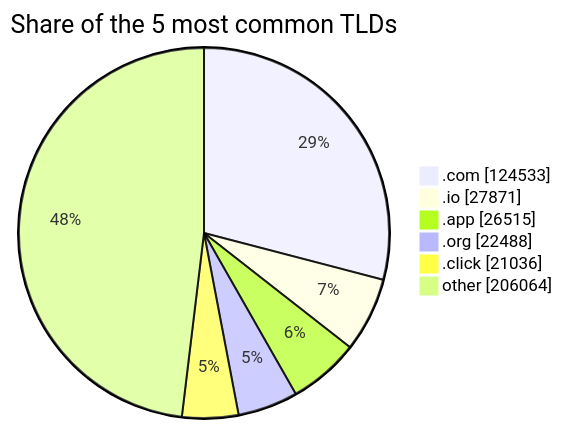
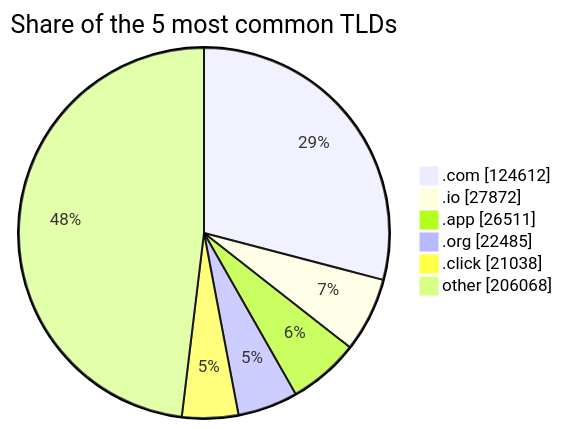
Before and after one commit to DNSBunker/CTI: the third of 3 diagrams in README.md, drawn with Mermaid. The commit also changed other lines of this file and 3 other files, not shown here.

````diff
--- a/README.md
+++ b/README.md
@@ -81,9 +81,9 @@
 ```mermaid
 pie showData title Share of the 5 most common TLDs
-    ".com" : 124533
-    ".io" : 27871
-    ".app" : 26515
-    ".org" : 22488
-    ".click" : 21036
-    "other" : 206064
+    ".com" : 124612
+    ".io" : 27872
+    ".app" : 26511
+    ".org" : 22485
+    ".click" : 21038
+    "other" : 206068
 ```
````
